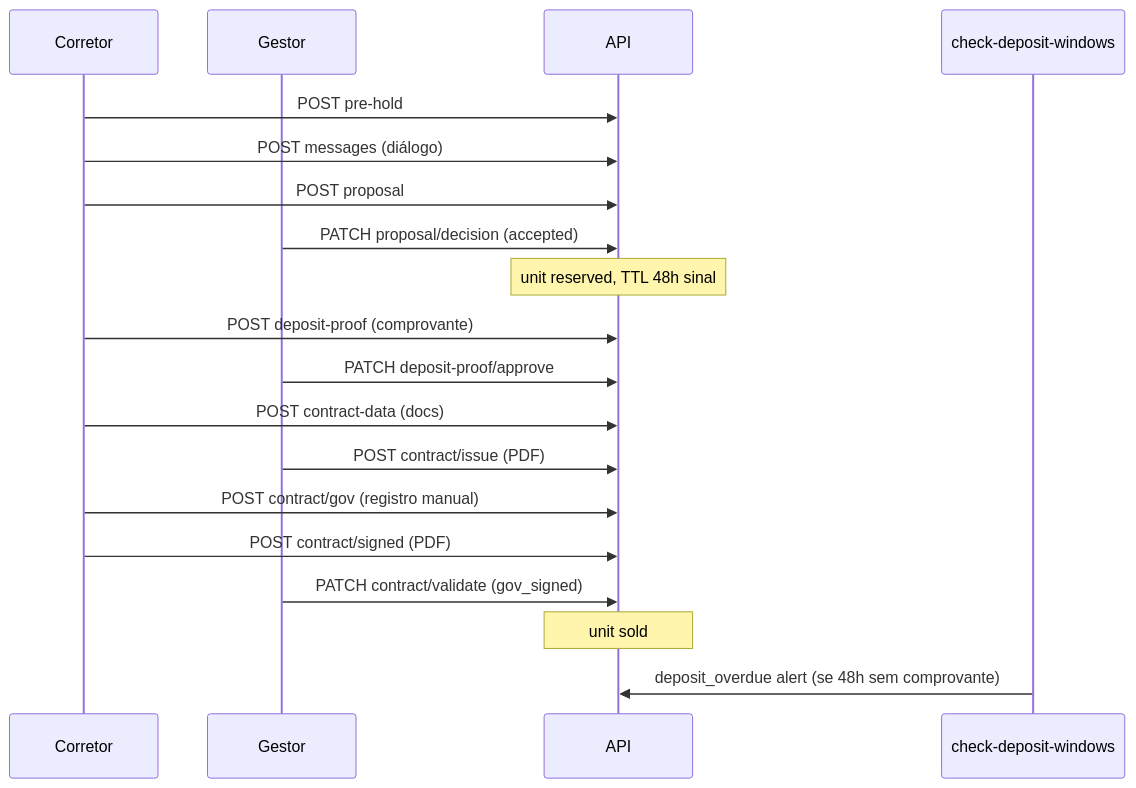
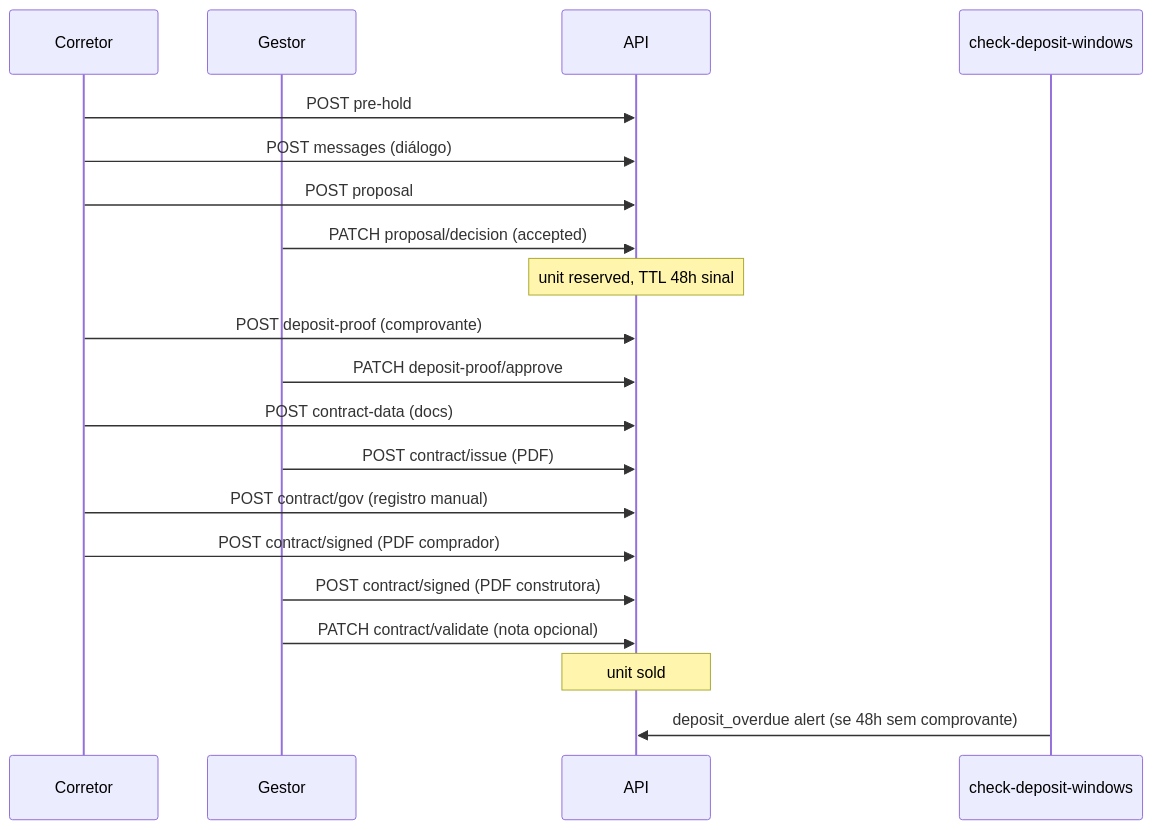
Before and after one commit to laerciocrestani/oportalimobiliario: the sixth of 9 diagrams in .specs/codebase/FLOWS.md, drawn with Mermaid. The commit also changed other lines of this file and 49 other files, not shown here.

First line of the commit message:
feat(reservation-timeline): split buyer and builder contract signatures

````diff
--- a/.specs/codebase/FLOWS.md
+++ b/.specs/codebase/FLOWS.md
@@ -179,22 +180,23 @@
 ```mermaid
 sequenceDiagram
     participant Brk as Corretor
     participant Bld as Gestor
     participant API as API
     participant CMD as check-deposit-windows
 
     Brk->>API: POST pre-hold
     Brk->>API: POST messages (diálogo)
     Brk->>API: POST proposal
     Bld->>API: PATCH proposal/decision (accepted)
     Note over API: unit reserved, TTL 48h sinal
     Brk->>API: POST deposit-proof (comprovante)
     Bld->>API: PATCH deposit-proof/approve
     Brk->>API: POST contract-data (docs)
     Bld->>API: POST contract/issue (PDF)
     Brk->>API: POST contract/gov (registro manual)
-    Brk->>API: POST contract/signed (PDF)
-    Bld->>API: PATCH contract/validate (gov_signed)
+    Brk->>API: POST contract/signed (PDF comprador)
+    Bld->>API: POST contract/signed (PDF construtora)
+    Bld->>API: PATCH contract/validate (nota opcional)
     Note over API: unit sold
     CMD->>API: deposit_overdue alert (se 48h sem comprovante)
 ```
````
